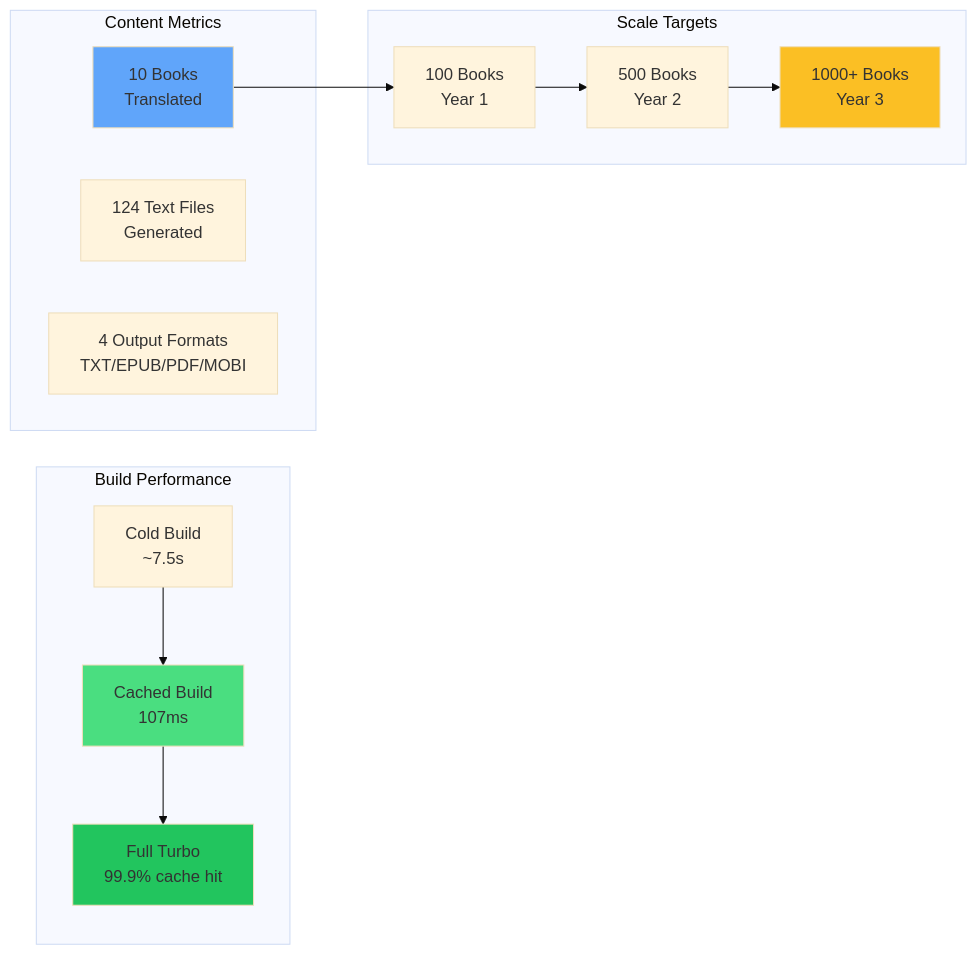
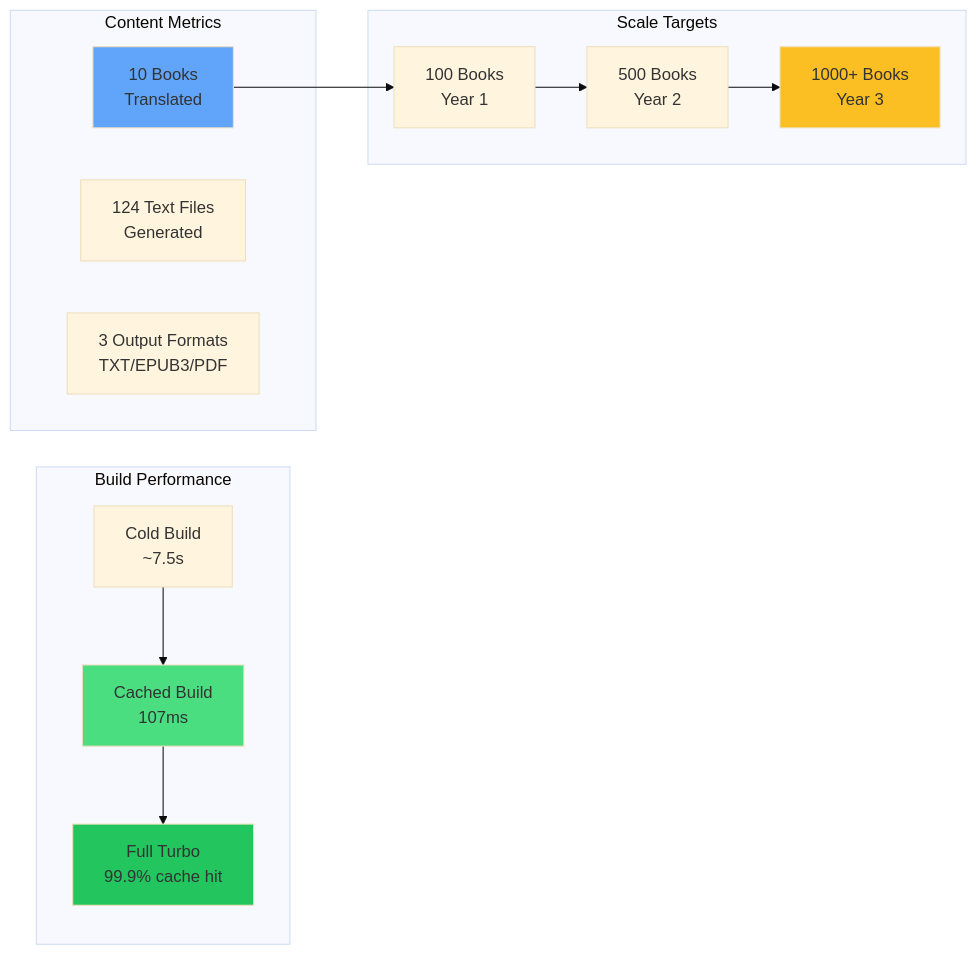
The seventh of 9 diagrams in docs/ARCHITECTURE.md (phrazzld/brainrot), drawn with Mermaid (base theme) before and after one commit. The commit also changed other lines of this file and 42 other files, not shown here.

````diff
--- a/docs/ARCHITECTURE.md
+++ b/docs/ARCHITECTURE.md
@@ -321,31 +320,31 @@
 ```mermaid
 graph LR
     subgraph "Build Performance"
         ColdBuild[Cold Build<br/>~7.5s]
         CachedBuild[Cached Build<br/>107ms]
         FullTurbo[Full Turbo<br/>99.9% cache hit]
     end
 
     subgraph "Content Metrics"
         Books[10 Books<br/>Translated]
         Files[124 Text Files<br/>Generated]
-        Formats[4 Output Formats<br/>TXT/EPUB/PDF/MOBI]
+        Formats[3 Output Formats<br/>TXT/EPUB3/PDF]
     end
 
     subgraph "Scale Targets"
         Target1[100 Books<br/>Year 1]
         Target2[500 Books<br/>Year 2]
         Target3[1000+ Books<br/>Year 3]
     end
 
     ColdBuild --> CachedBuild
     CachedBuild --> FullTurbo
     Books --> Target1
     Target1 --> Target2
     Target2 --> Target3
 
     style CachedBuild fill:#4ade80
     style FullTurbo fill:#22c55e
     style Books fill:#60a5fa
     style Target3 fill:#fbbf24
 ```
````
